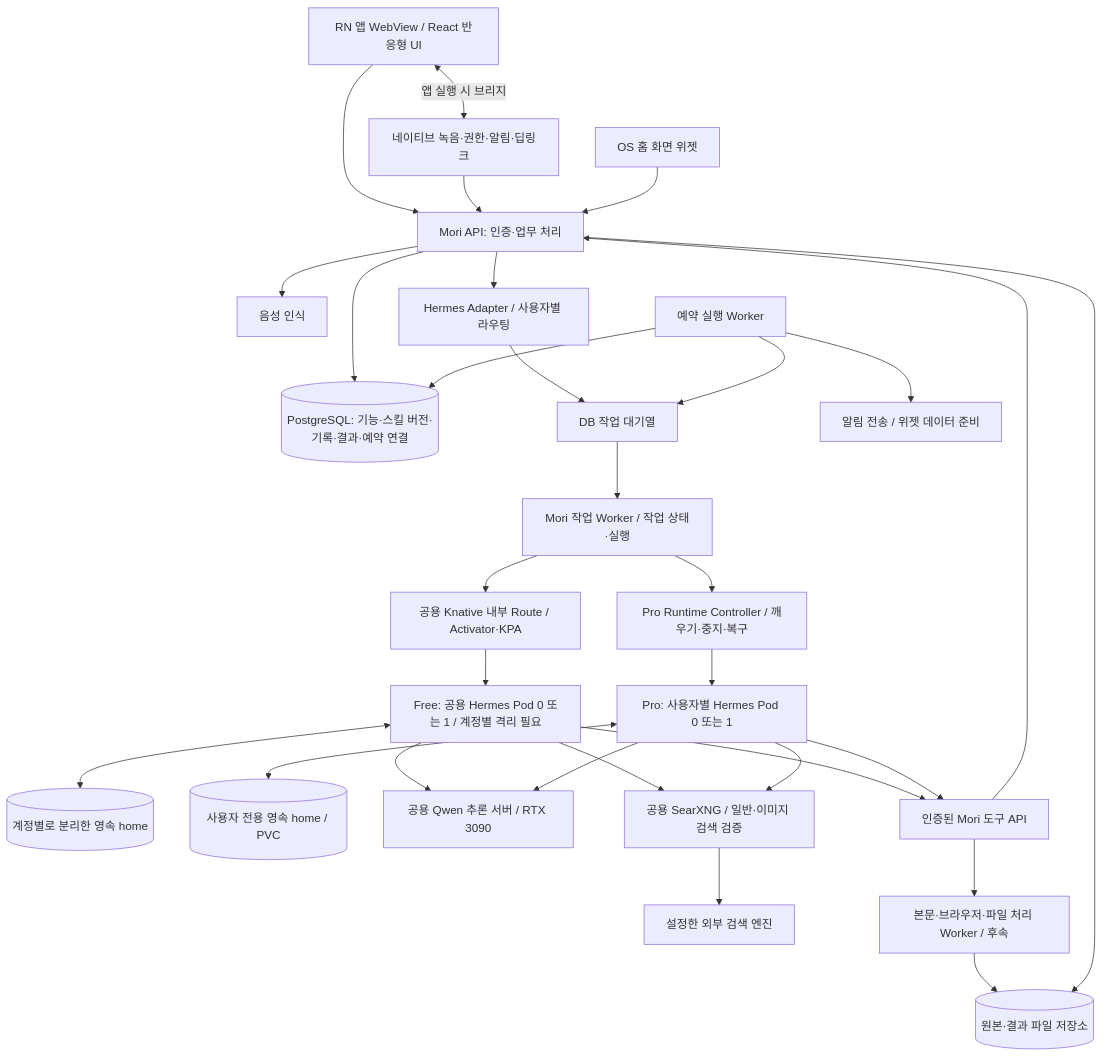
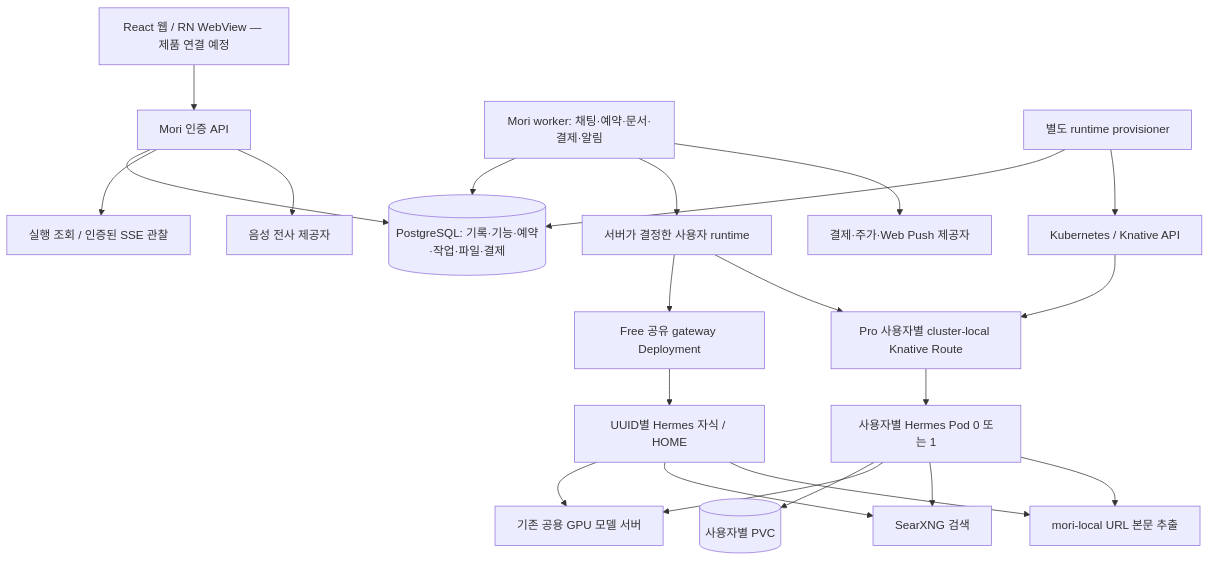
Before and after one commit to dong7314/mori: the diagram in architecture/plan.md, drawn with Mermaid. The commit also changed other lines of this file and 2 other files, not shown here.

First line of the commit message:
개인 Knative와 공용 gateway 운영 전환 및 검증 계획 갱신

````diff
--- a/architecture/plan.md
+++ b/architecture/plan.md
@@ -134,32 +25,24 @@
 ```mermaid
 flowchart TD
-    App[RN 앱 WebView / React 반응형 UI] --> API[Mori API: 인증·업무 처리]
-    App <-->|앱 실행 시 브리지| Native[네이티브 녹음·권한·알림·딥링크]
-    Native --> API
-    Widget[OS 홈 화면 위젯] --> API
-    API --> DB[(PostgreSQL: 기능·스킬 버전·기록·결과·예약 연결)]
-    API --> STT[음성 인식]
-    API --> Router[Hermes Adapter / 사용자별 라우팅]
-    Router --> Queue[DB 작업 대기열]
-    Scheduler[예약 실행 Worker] --> DB
-    Scheduler --> Queue
-    Scheduler --> Notify[알림 전송 / 위젯 데이터 준비]
-    Queue --> Worker[Mori 작업 Worker / 작업 상태·실행]
-    Worker --> Route[공용 Knative 내부 Route / Activator·KPA]
-    Route --> Shared[Free: 공용 Hermes Pod 0 또는 1 / 계정별 격리 필요]
-    Worker --> Controller[Pro Runtime Controller / 깨우기·중지·복구]
-    Controller --> Dedicated[Pro: 사용자별 Hermes Pod 0 또는 1]
-    Shared <--> SharedHome[(계정별로 분리한 영속 home)]
-    Dedicated <--> Home[(사용자 전용 영속 home / PVC)]
-    Shared --> LLM[공용 Qwen 추론 서버 / RTX 3090]
-    Dedicated --> LLM
-    Shared --> Tools[인증된 Mori 도구 API]
-    Dedicated --> Tools
-    Tools --> API
-    Shared --> Search[공용 SearXNG / 일반·이미지 검색 검증]
-    Dedicated --> Search
-    Search --> Engines[설정한 외부 검색 엔진]
-    Tools --> Jobs[본문·브라우저·파일 처리 Worker / 후속]
-    Jobs --> Files[(원본·결과 파일 저장소)]
-    API --> Files
+    Web[React 웹 / RN WebView — 제품 연결 예정] --> API[Mori 인증 API]
+    API --> DB[(PostgreSQL: 기록·기능·예약·작업·파일·결제)]
+    API --> Observe[실행 조회 / 인증된 SSE 관찰]
+    Worker[Mori worker: 채팅·예약·문서·결제·알림] --> DB
+    Worker --> Router[서버가 결정한 사용자 runtime]
+    Router --> Shared[Free 공유 gateway Deployment]
+    Shared --> Child[UUID별 Hermes 자식 / HOME]
+    Router --> Route[Pro 사용자별 cluster-local Knative Route]
+    Route --> Agent[사용자별 Hermes Pod 0 또는 1]
+    Agent --> PVC[(사용자별 PVC)]
+    Provisioner[별도 runtime provisioner] --> DB
+    Provisioner --> Kube[Kubernetes / Knative API]
+    Kube --> Route
+    Child --> LLM[기존 공용 GPU 모델 서버]
+    Agent --> LLM
+    Child --> Search[SearXNG 검색]
+    Agent --> Search
+    Child --> Extract[mori-local URL 본문 추출]
+    Agent --> Extract
+    API --> Transcribe[음성 전사 제공자]
+    Worker --> Providers[결제·주가·Web Push 제공자]
 ```
````
